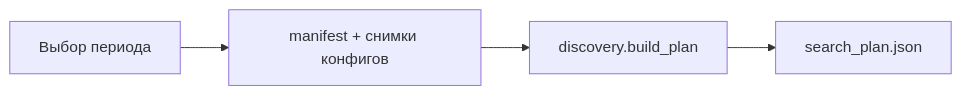
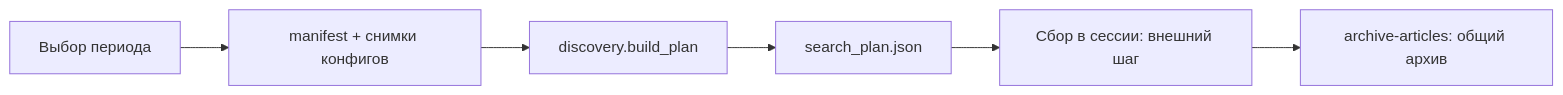
One commit to astaf7maria-eng/Dating-news changed the diagram in docs/architecture.md. Above: the diagram before and after it, drawn with Mermaid. The commit also changed other lines of this file and 11 other files, not shown here.

````diff
--- a/docs/architecture.md
+++ b/docs/architecture.md
@@ -5,6 +5,8 @@
 ```mermaid
 flowchart LR
     U[Выбор периода] --> M[manifest + снимки конфигов]
     M --> D[discovery.build_plan]
     D --> P[search_plan.json]
+    P --> S[Сбор в сессии: внешний шаг]
+    S --> A[archive-articles: общий архив]
 ```
````
